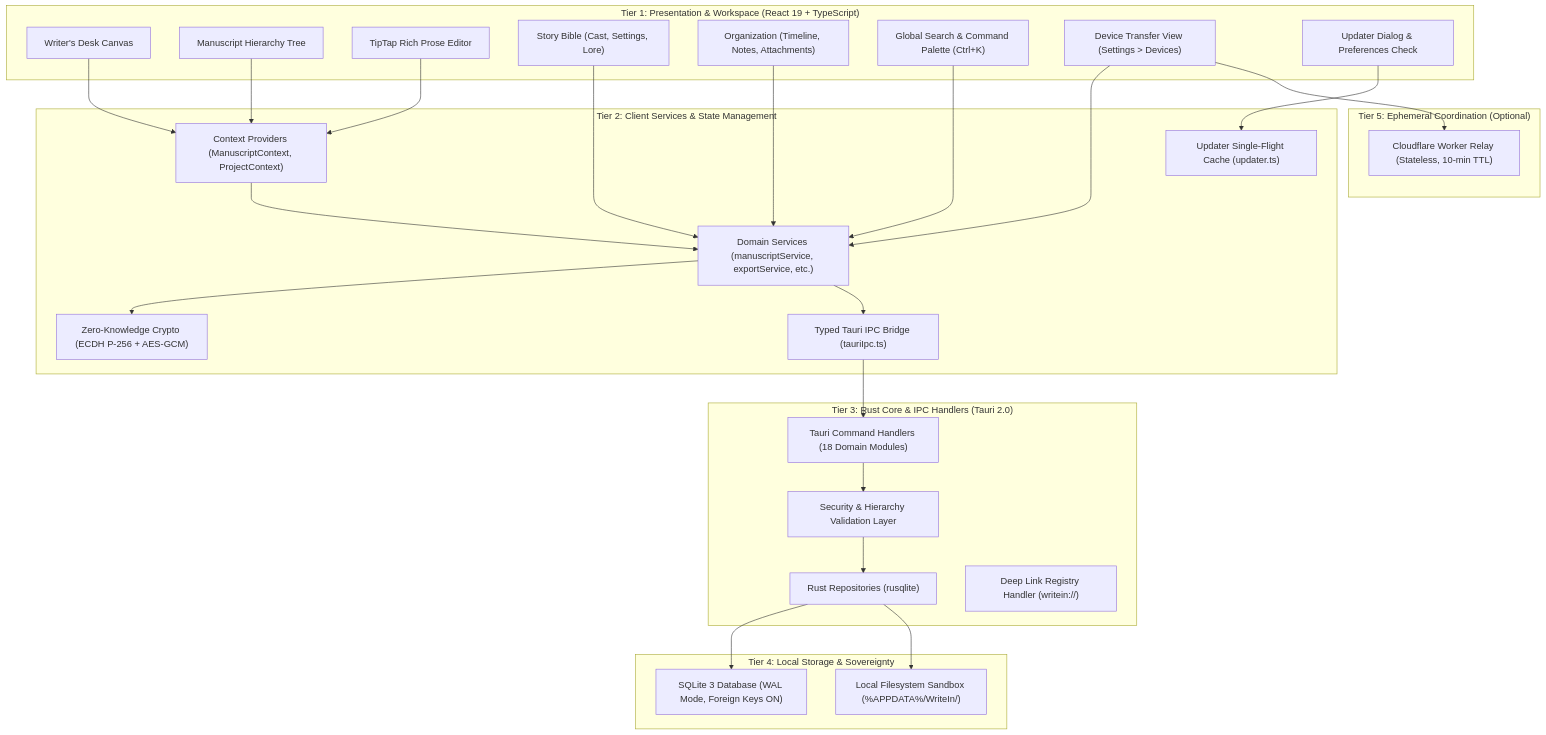
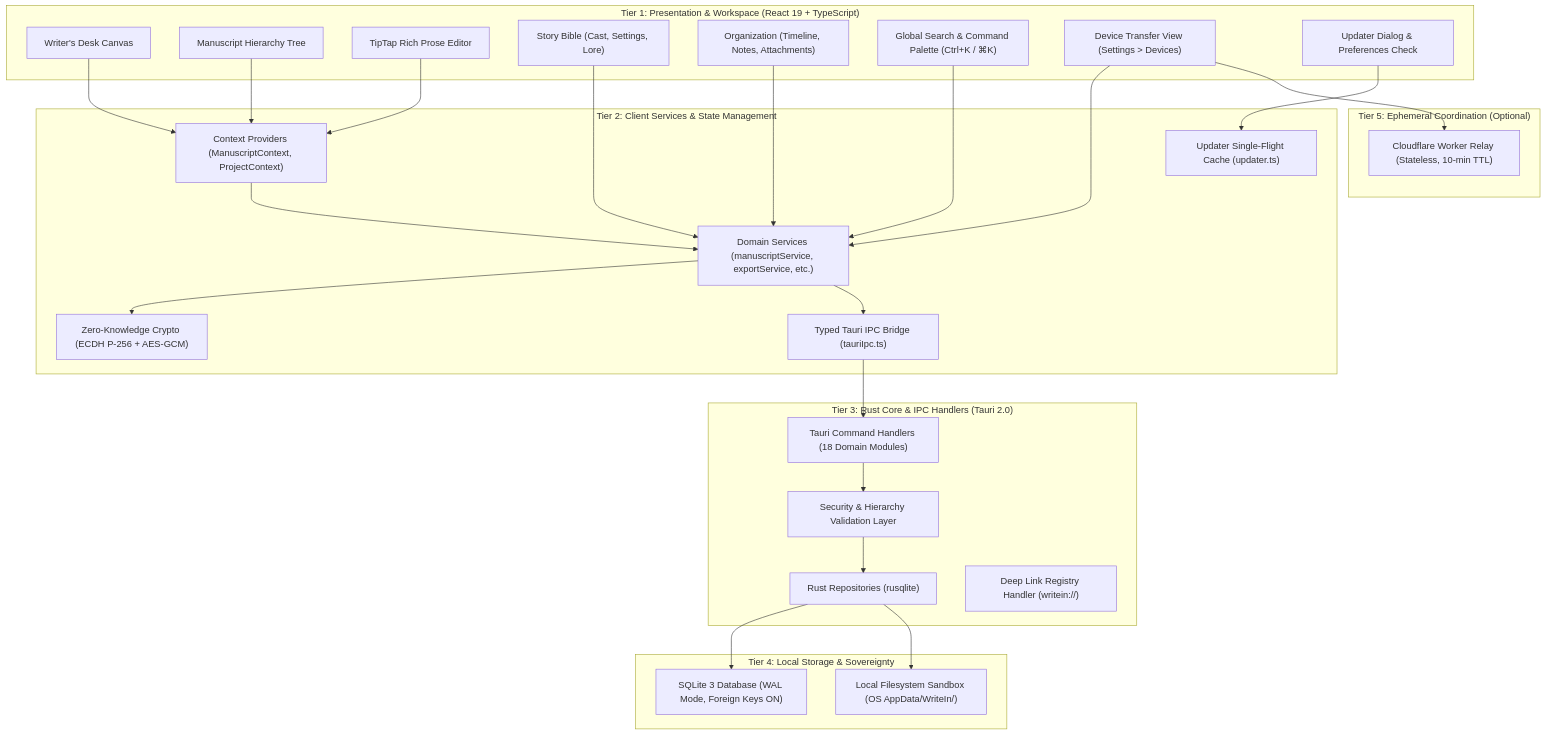
One commit to carlodandan/writein changed the first of 3 diagrams in docs/ARCHITECTURE.md. Above: the diagram before and after it, drawn with Mermaid. The commit also changed other lines of this file and 9 other files, not shown here.

````diff
--- a/docs/ARCHITECTURE.md
+++ b/docs/ARCHITECTURE.md
@@ -11,56 +11,56 @@
 ```mermaid
 graph TD
     subgraph UI ["Tier 1: Presentation & Workspace (React 19 + TypeScript)"]
         Desk["Writer's Desk Canvas"]
         Tree["Manuscript Hierarchy Tree"]
         Editor["TipTap Rich Prose Editor"]
         Bible["Story Bible (Cast, Settings, Lore)"]
         Org["Organization (Timeline, Notes, Attachments)"]
-        Palette["Global Search & Command Palette (Ctrl+K)"]
+        Palette["Global Search & Command Palette (Ctrl+K / ⌘K)"]
         TransferUI["Device Transfer View (Settings > Devices)"]
         UpdaterUI["Updater Dialog & Preferences Check"]
     end
 
     subgraph Service ["Tier 2: Client Services & State Management"]
         Contexts["Context Providers (ManuscriptContext, ProjectContext)"]
         Services["Domain Services (manuscriptService, exportService, etc.)"]
         Crypto["Zero-Knowledge Crypto (ECDH P-256 + AES-GCM)"]
         UpdaterLib["Updater Single-Flight Cache (updater.ts)"]
         IPC["Typed Tauri IPC Bridge (tauriIpc.ts)"]
     end
 
     subgraph Backend ["Tier 3: Rust Core & IPC Handlers (Tauri 2.0)"]
         Commands["Tauri Command Handlers (18 Domain Modules)"]
         Validation["Security & Hierarchy Validation Layer"]
         Repos["Rust Repositories (rusqlite)"]
         DeepLink["Deep Link Registry Handler (writein://)"]
     end
 
     subgraph Storage ["Tier 4: Local Storage & Sovereignty"]
         SQLite["SQLite 3 Database (WAL Mode, Foreign Keys ON)"]
-        Filesystem["Local Filesystem Sandbox (%APPDATA%/WriteIn/)"]
+        Filesystem["Local Filesystem Sandbox (OS AppData/WriteIn/)"]
     end
 
     subgraph Relay ["Tier 5: Ephemeral Coordination (Optional)"]
         Worker["Cloudflare Worker Relay (Stateless, 10-min TTL)"]
     end
 
     Desk --> Contexts
     Tree --> Contexts
     Editor --> Contexts
     Bible --> Services
     Org --> Services
     Palette --> Services
     TransferUI --> Services
     UpdaterUI --> UpdaterLib
 
     Contexts --> Services
     Services --> Crypto
     Services --> IPC
     TransferUI --> Worker
     IPC --> Commands
     Commands --> Validation
     Validation --> Repos
     Repos --> SQLite
     Repos --> Filesystem
 ```
````
